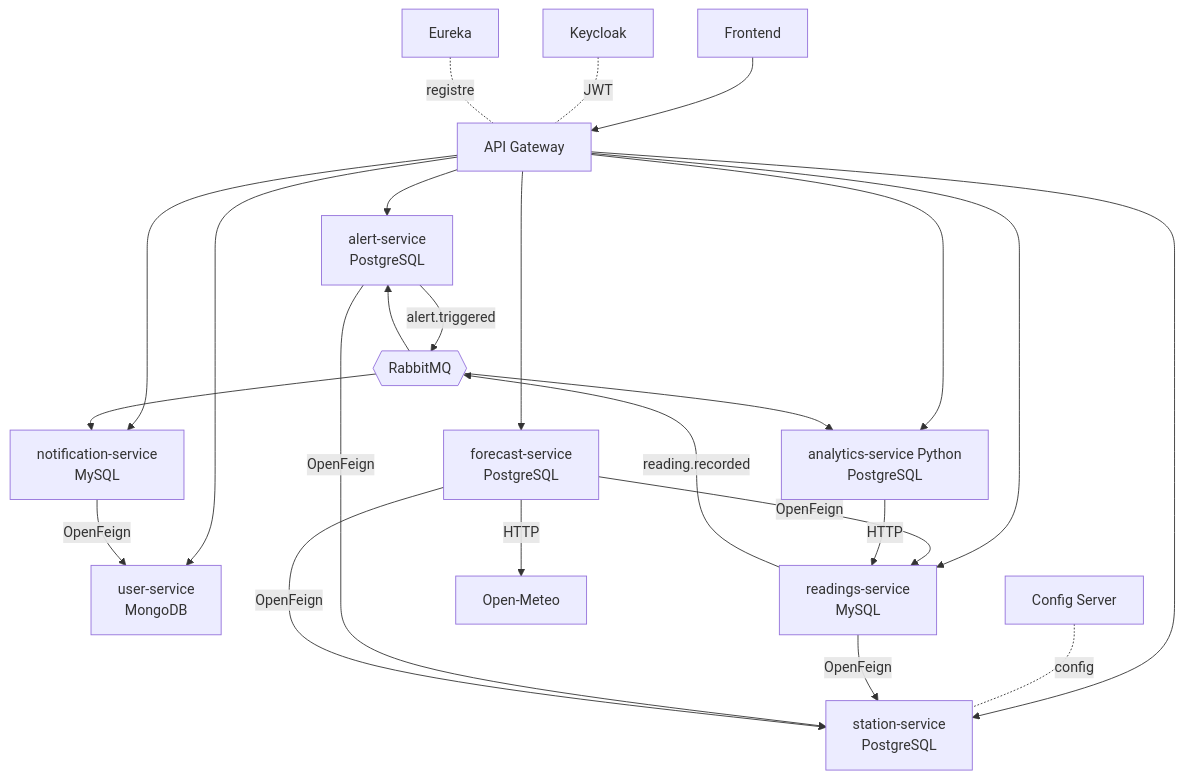
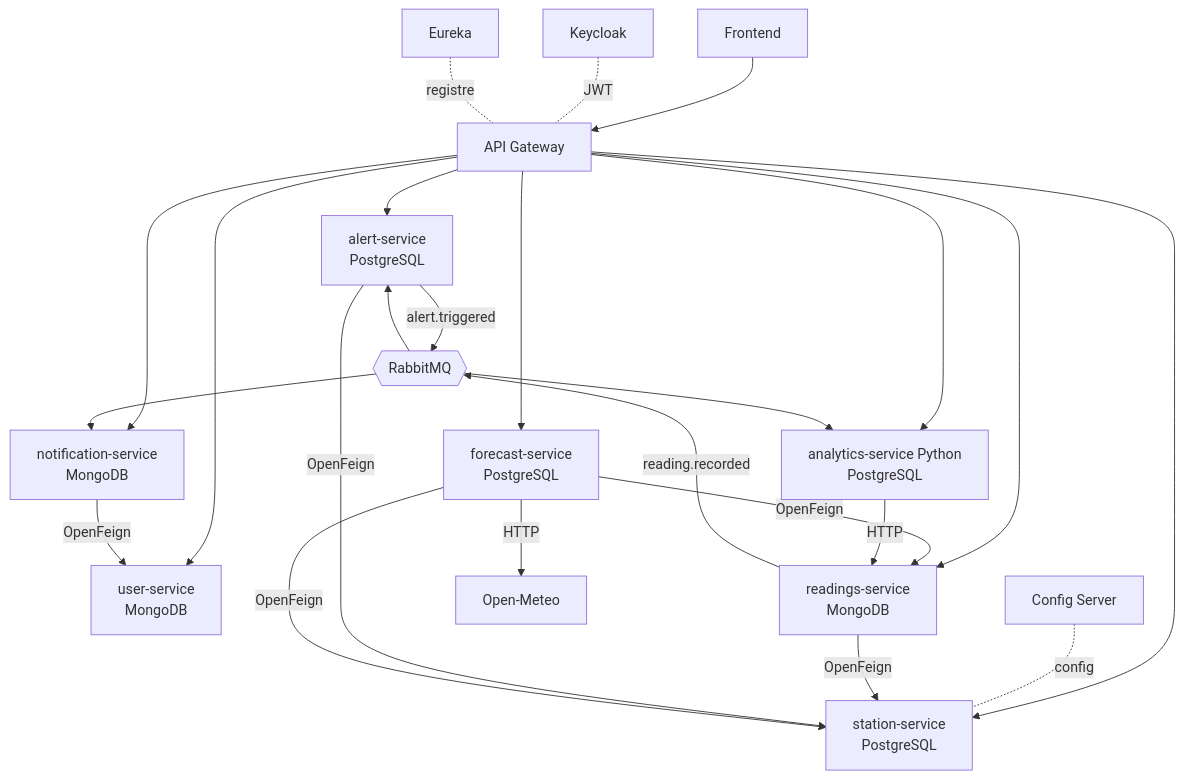
One commit to MohamedElkhouja/meteowatch-4SSA15-g3 changed the diagram in README.md. Above: the diagram before and after it, drawn with Mermaid. The commit also changed other lines of this file, not shown here.

First line of the commit message:
Revise README with updated team and service info

````diff
--- a/README.md
+++ b/README.md
@@ -41,27 +41,27 @@
 ```mermaid
 flowchart TB
     FE[Frontend] --> GW[API Gateway]
     KC[Keycloak] -. JWT .- GW
     GW --> ST[station-service<br/>PostgreSQL]
     GW --> AL[alert-service<br/>PostgreSQL]
     GW --> US[user-service<br/>MongoDB]
-    GW --> RD[readings-service<br/>MySQL]
+    GW --> RD[readings-service<br/>MongoDB]
     GW --> FC[forecast-service<br/>PostgreSQL]
-    GW --> NO[notification-service<br/>MySQL]
+    GW --> NO[notification-service<br/>MongoDB]
     GW --> AN[analytics-service Python<br/>PostgreSQL]
     EU[Eureka] -. registre .- GW
     CF[Config Server] -. config .- ST
     MQ{{RabbitMQ}}
     RD -- reading.recorded --> MQ
     MQ --> AL
     MQ --> AN
     AL -- alert.triggered --> MQ
     MQ --> NO
     RD -- OpenFeign --> ST
     AL -- OpenFeign --> ST
     FC -- OpenFeign --> RD
     FC -- OpenFeign --> ST
     NO -- OpenFeign --> US
     AN -- HTTP --> RD
     FC -- HTTP --> OM[Open-Meteo]
 ```
````
